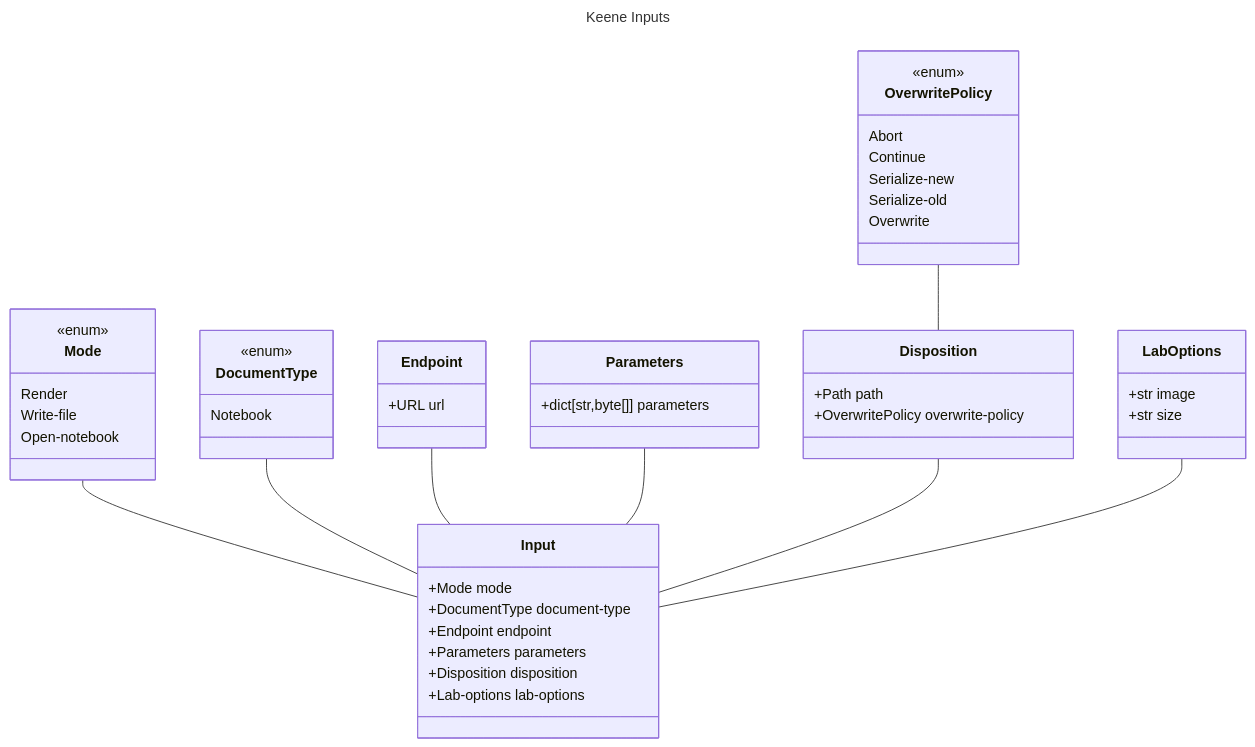
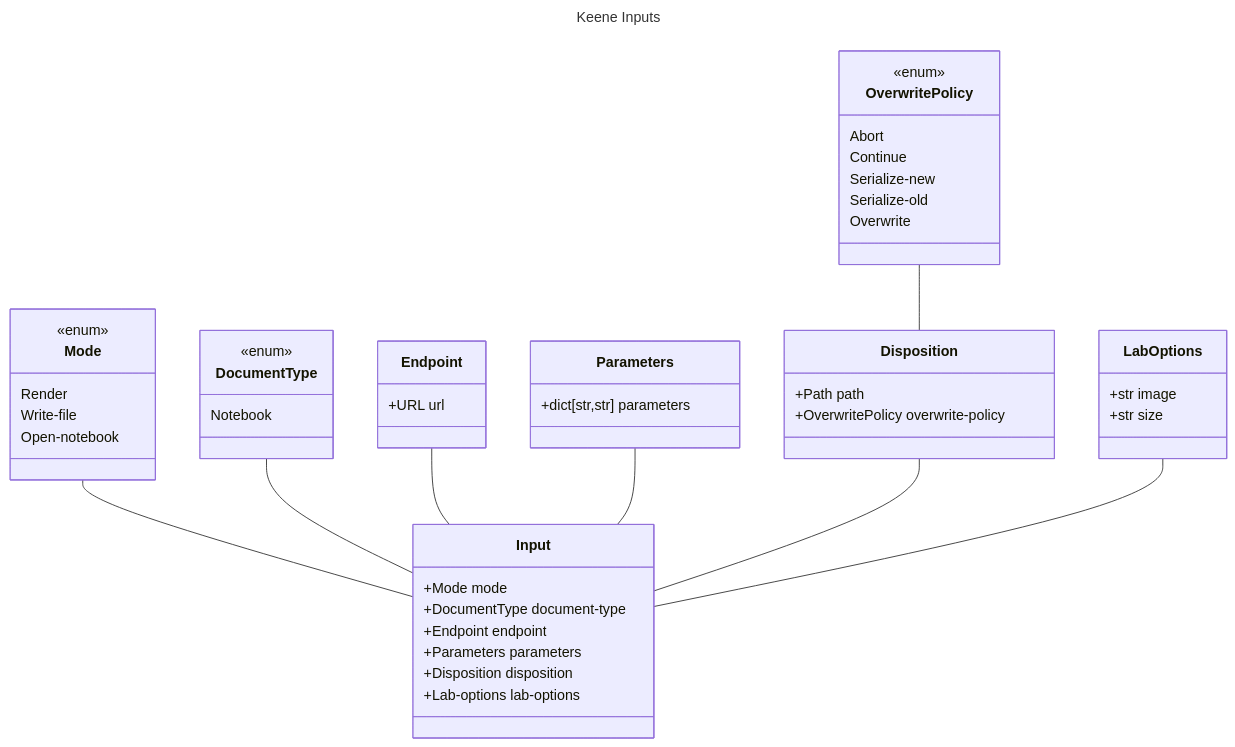
One commit to lsst-sqre/sqr-110 changed the fourth of 5 diagrams in index.md. Above: the diagram before and after it, drawn with Mermaid. The commit also changed other lines of this file, not shown here.

Commit message:
No-overwrite -> 409, param values->str

````diff
--- a/index.md
+++ b/index.md
@@ -377,60 +380,60 @@
 ```mermaid
 ---
 title: Keene Inputs
 ---
 
 classDiagram
   Input : +Mode mode
   Input : +DocumentType document-type
   Input : +Endpoint endpoint
   Input : +Parameters parameters
   Input : +Disposition disposition
   Input : +Lab-options lab-options
 
   class Mode{
     <<enum>>
     Render
     Write-file
     Open-notebook
   }
 
   class DocumentType{
     <<enum>>
     Notebook
   }
   
   class Endpoint {
     +URL url
   }
   
   class Parameters{
-    +dict[str,byte[]] parameters
+    +dict[str,str] parameters
   }
 
   class Disposition{
     +Path path
     +OverwritePolicy overwrite-policy
   }
 
   class OverwritePolicy{
     <<enum>>
     Abort
     Continue
     Serialize-new
     Serialize-old
     Overwrite
   }
 
   class LabOptions{
     +str image
     +str size
   }
 
   Mode -- Input
   DocumentType -- Input
   Endpoint -- Input
   Parameters -- Input
   Disposition -- Input
   LabOptions -- Input
   OverwritePolicy -- Disposition
 ```
````
